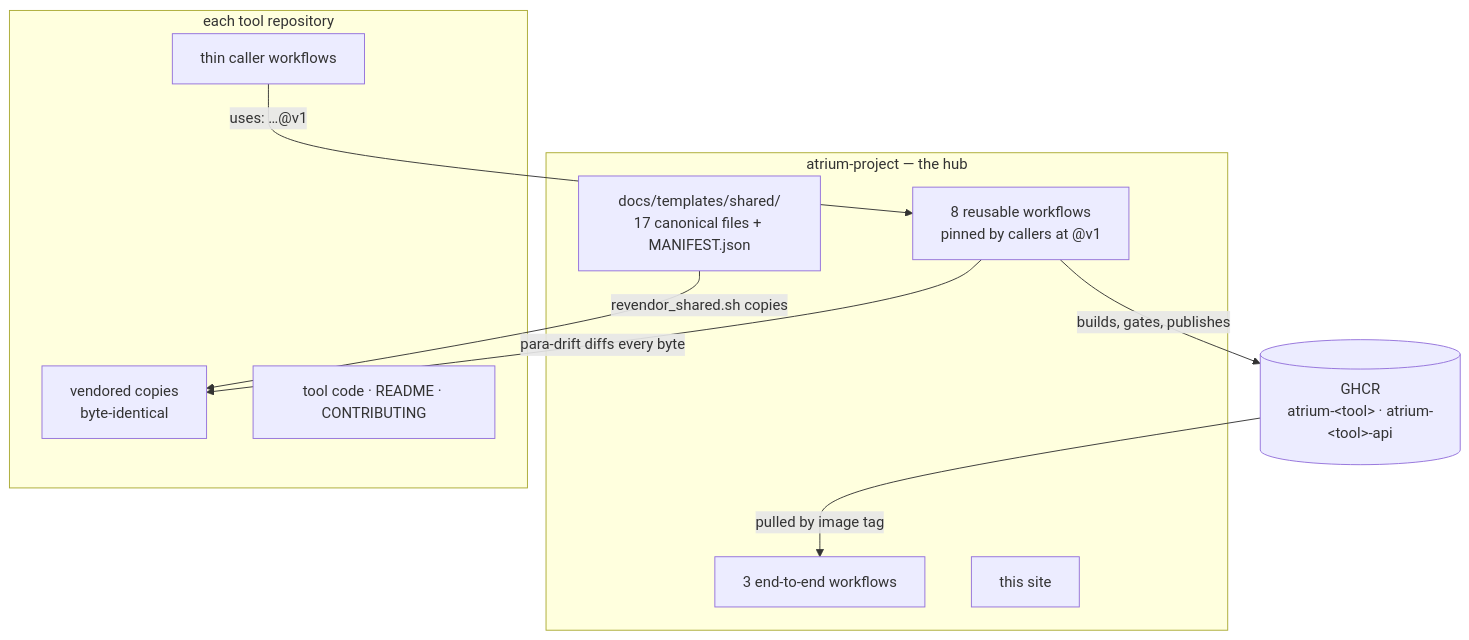
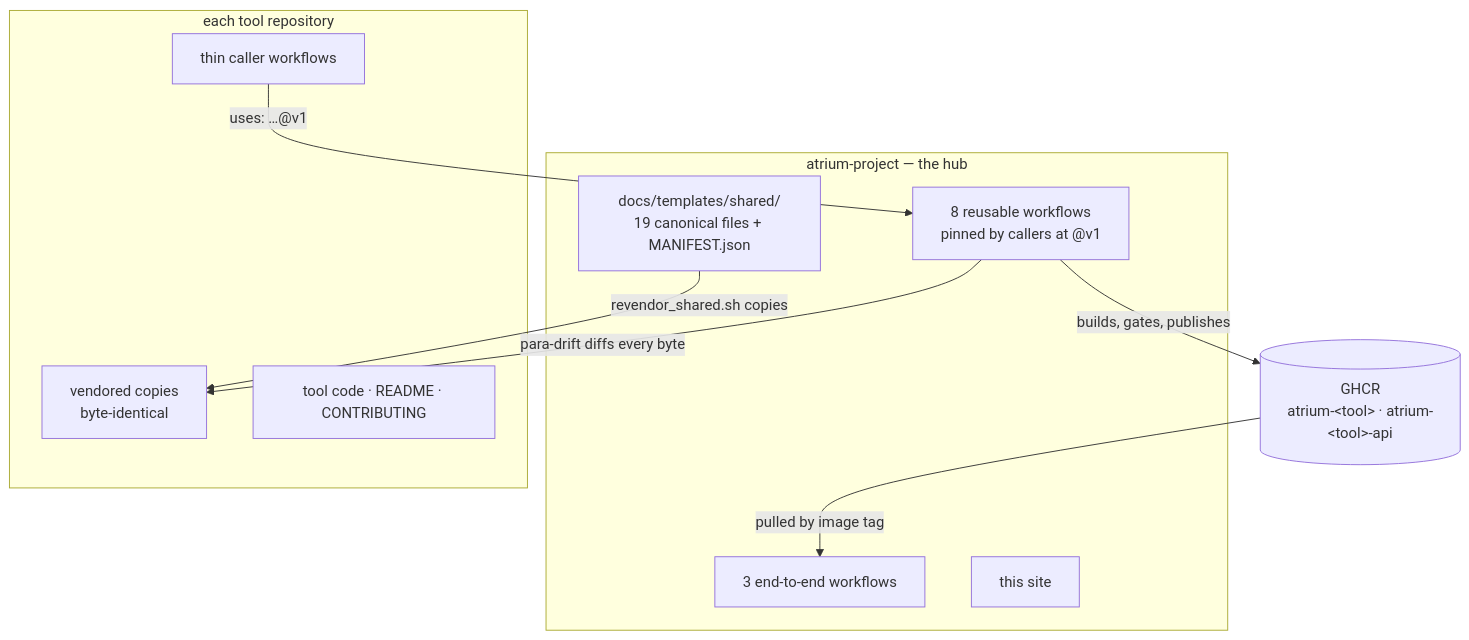
Before and after one commit to ufal/atrium-project: the first of 2 diagrams in docs_site/ecosystem/architecture.md, drawn with Mermaid. The commit also changed other lines of this file and 14 other files, not shown here.

Commit message:
edits in doc standard and schema + docs update + issue #54 digest+plan refreshed

````diff
--- a/docs_site/ecosystem/architecture.md
+++ b/docs_site/ecosystem/architecture.md
@@ -29,20 +29,20 @@
 ```mermaid
 flowchart TB
   subgraph HUB["atrium-project — the hub"]
-    SHARED["docs/templates/shared/<br/>17 canonical files + MANIFEST.json"]
+    SHARED["docs/templates/shared/<br/>19 canonical files + MANIFEST.json"]
     REUSE["8 reusable workflows<br/>pinned by callers at @v1"]
     E2E["3 end-to-end workflows"]
     SITE["this site"]
   end
   subgraph TOOL["each tool repository"]
     VEND["vendored copies<br/>byte-identical"]
     CALL["thin caller workflows"]
     CODE["tool code · README · CONTRIBUTING"]
   end
   GHCR[("GHCR<br/>atrium-&lt;tool&gt; · atrium-&lt;tool&gt;-api")]
   SHARED -- "revendor_shared.sh copies" --> VEND
   CALL -- "uses: …@v1" --> REUSE
   REUSE -- "para-drift diffs every byte" --> VEND
   REUSE -- "builds, gates, publishes" --> GHCR
   GHCR -- "pulled by image tag" --> E2E
 ```
````
